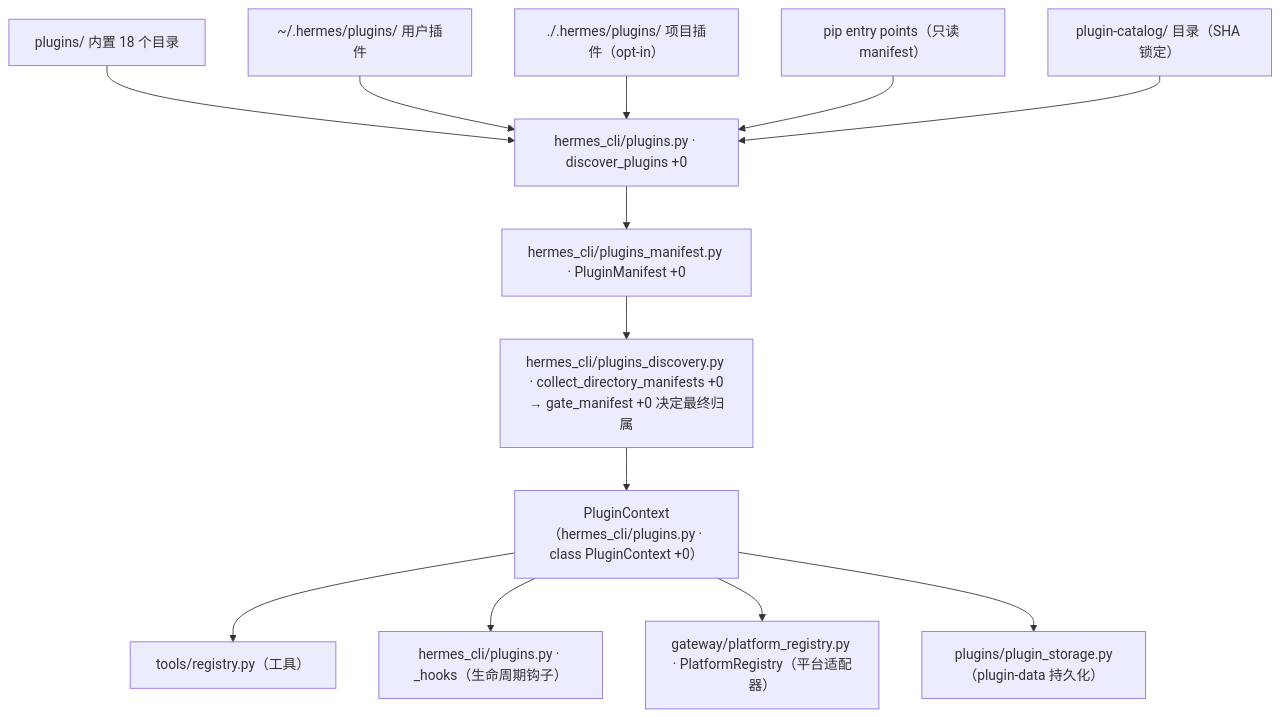
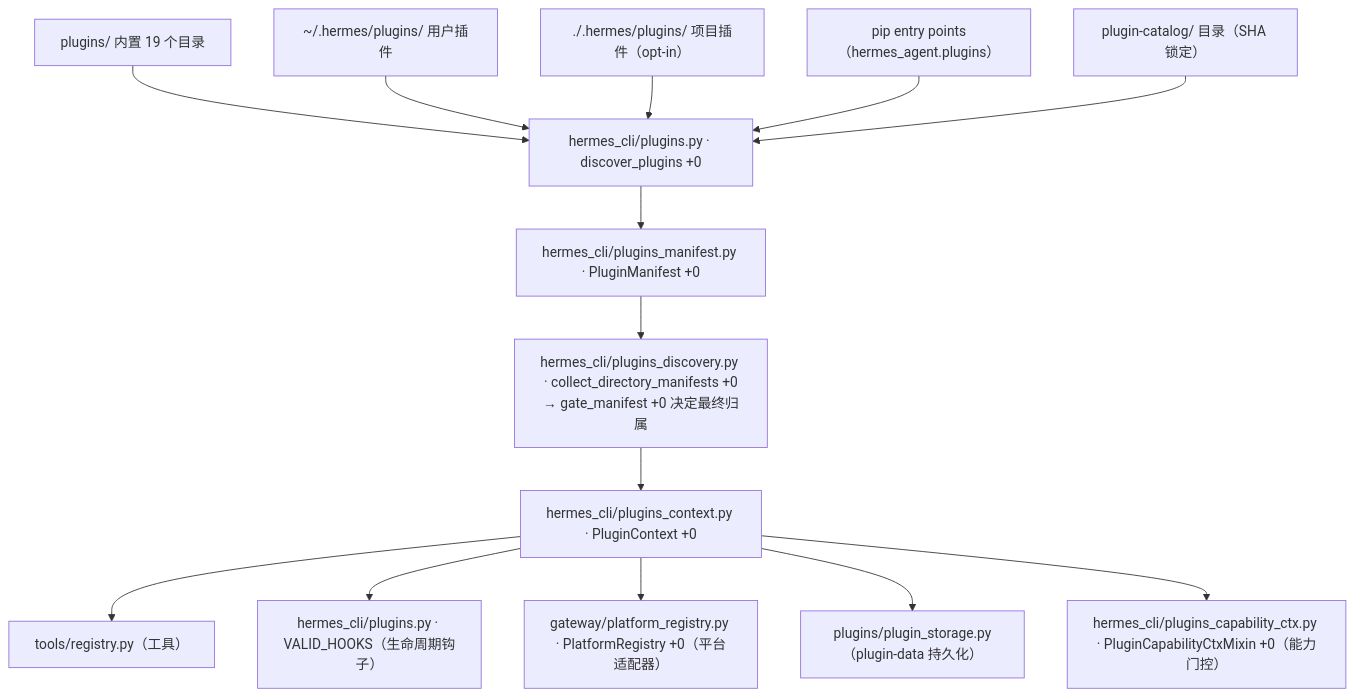
Before and after one commit to adrian9778/hermes-agent: the second of 3 diagrams in docs/sourceReader/09-技能系统与插件架构.md, drawn with Mermaid. The commit also changed other lines of this file and 5 other files, not shown here.

````diff
--- a/docs/sourceReader/09-技能系统与插件架构.md
+++ b/docs/sourceReader/09-技能系统与插件架构.md
@@ -139,15 +167,16 @@
 ```mermaid
 flowchart TD
-    A1["plugins/ 内置 18 个目录"] --> D["hermes_cli/plugins.py · discover_plugins +0"]
+    A1["plugins/ 内置 19 个目录"] --> D["hermes_cli/plugins.py · discover_plugins +0"]
     A2["~/.hermes/plugins/ 用户插件"] --> D
     A3["./.hermes/plugins/ 项目插件（opt-in）"] --> D
-    A4["pip entry points（只读 manifest）"] --> D
+    A4["pip entry points（hermes_agent.plugins）"] --> D
     A5["plugin-catalog/ 目录（SHA 锁定）"] --> D
     D --> M["hermes_cli/plugins_manifest.py · PluginManifest +0"]
     M --> G["hermes_cli/plugins_discovery.py · collect_directory_manifests +0<br/>→ gate_manifest +0 决定最终归属"]
-    G --> C["PluginContext（hermes_cli/plugins.py · class PluginContext +0）"]
+    G --> C["hermes_cli/plugins_context.py · PluginContext +0"]
     C --> T["tools/registry.py（工具）"]
-    C --> H["hermes_cli/plugins.py · _hooks（生命周期钩子）"]
-    C --> P["gateway/platform_registry.py · PlatformRegistry（平台适配器）"]
+    C --> H["hermes_cli/plugins.py · VALID_HOOKS（生命周期钩子）"]
+    C --> P["gateway/platform_registry.py · PlatformRegistry +0（平台适配器）"]
     C --> S["plugins/plugin_storage.py（plugin-data 持久化）"]
+    C --> CAP["hermes_cli/plugins_capability_ctx.py · PluginCapabilityCtxMixin +0（能力门控）"]
 ```
````
